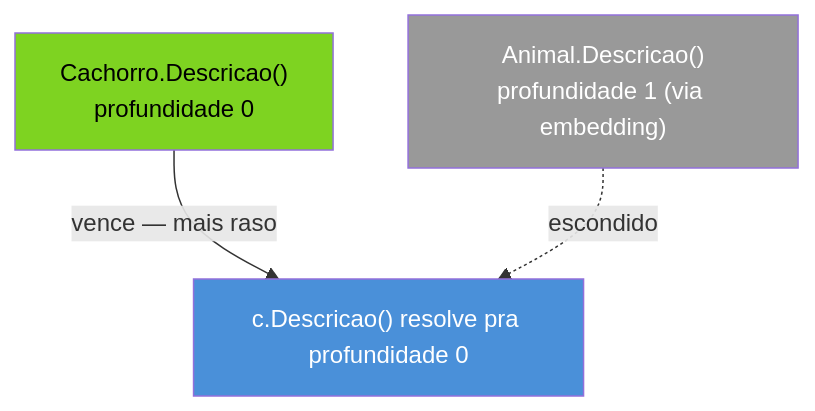
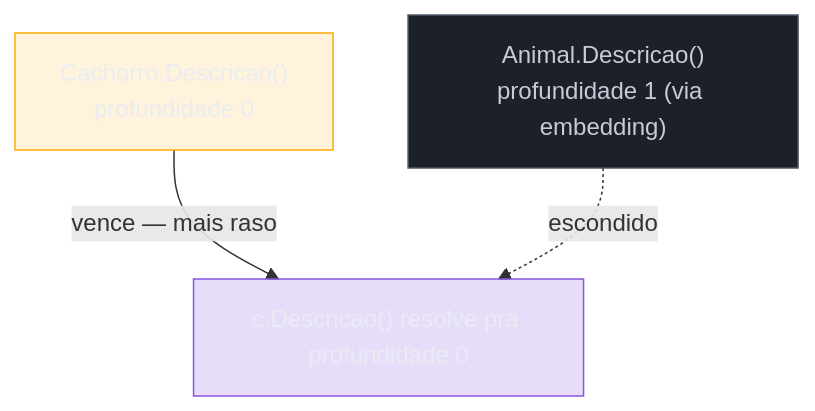
The third of 4 diagrams in 03-Dominios/Tecnologia/Go/02 - Tipos, structs e métodos/05 - Composição por embedding.md (josenaldo/codex-technomanticus), drawn with Mermaid before and after one commit. The commit also changed other lines of this file and 1181 other files, not shown here.

First line of the commit message:
fix(diagramas): paleta do sistema no lugar de cor cravada no markdown

````diff
--- a/03-Dominios/Tecnologia/Go/02 - Tipos, structs e métodos/05 - Composição por embedding.md
+++ b/03-Dominios/Tecnologia/Go/02 - Tipos, structs e métodos/05 - Composição por embedding.md
@@ -250,10 +253,13 @@
 ```mermaid
 flowchart TB
+    classDef destaque fill:#FFAA0024,stroke:#FFAA00,color:#E9ECF2
+    classDef neutro fill:#1B2029,stroke:#4E5666,color:#C6CCD8
+    classDef marca fill:#8855DF33,stroke:#8855DF,color:#E9ECF2
     C0["Cachorro.Descricao()\nprofundidade 0"] -->|"vence — mais raso"| Resultado
     A1["Animal.Descricao()\nprofundidade 1 (via embedding)"] -.->|"escondido"| Resultado
     Resultado["c.Descricao() resolve pra profundidade 0"]
 
-    style C0 fill:#7ED321,color:#000
-    style A1 fill:#999,color:#fff
-    style Resultado fill:#4A90D9,color:#fff
+    class C0 destaque
+    class A1 neutro
+    class Resultado marca
 ```
````
